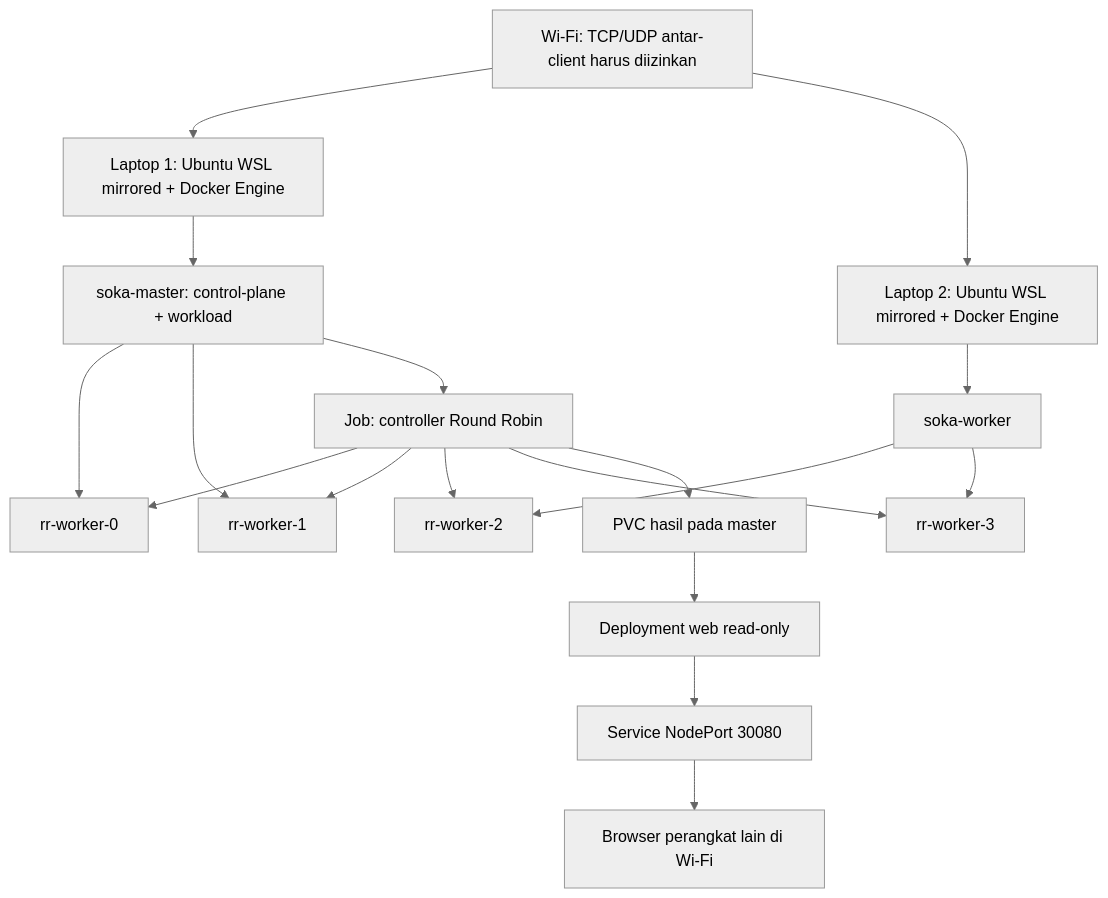
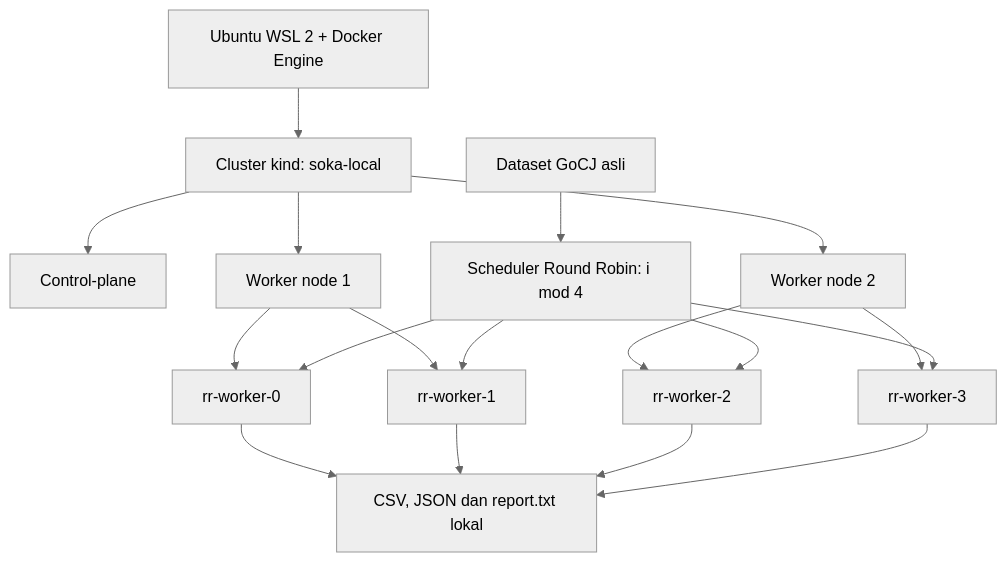
One commit to tiarafthzzhr/TASK_SCHEDULING_HEURISTIK_SOKA_KEL5 changed the diagram in docs/alur-kubernetes.md. Above: the diagram before and after it, drawn with Mermaid (neutral theme). The commit also changed other lines of this file and 114 other files, not shown here.

Commit message:
Lengkapi Kubernetes lokal dan hasil eksperimen Round Robin

````diff
--- a/docs/alur-kubernetes.md
+++ b/docs/alur-kubernetes.md
@@ -5,20 +3,20 @@
 ```mermaid
 flowchart TD
-    N["Wi-Fi: TCP/UDP antar-client harus diizinkan"] --> L1["Laptop 1: Ubuntu WSL mirrored + Docker Engine"]
-    N --> L2["Laptop 2: Ubuntu WSL mirrored + Docker Engine"]
-    L1 --> M["soka-master: control-plane + workload"]
-    L2 --> W["soka-worker"]
-    M --> P0["rr-worker-0"]
-    M --> P1["rr-worker-1"]
-    W --> P2["rr-worker-2"]
-    W --> P3["rr-worker-3"]
-    M --> J["Job: controller Round Robin"]
-    J --> P0
-    J --> P1
-    J --> P2
-    J --> P3
-    J --> V["PVC hasil pada master"]
-    V --> S["Deployment web read-only"]
-    S --> H["Service NodePort 30080"]
-    H --> B["Browser perangkat lain di Wi-Fi"]
+    W["Ubuntu WSL 2 + Docker Engine"] --> K["Cluster kind: soka-local"]
+    K --> C["Control-plane"]
+    K --> N1["Worker node 1"]
+    K --> N2["Worker node 2"]
+    N1 --> P0["rr-worker-0"]
+    N1 --> P1["rr-worker-1"]
+    N2 --> P2["rr-worker-2"]
+    N2 --> P3["rr-worker-3"]
+    D["Dataset GoCJ asli"] --> R["Scheduler Round Robin: i mod 4"]
+    R --> P0
+    R --> P1
+    R --> P2
+    R --> P3
+    P0 --> O["CSV, JSON dan report.txt lokal"]
+    P1 --> O
+    P2 --> O
+    P3 --> O
 ```
````
